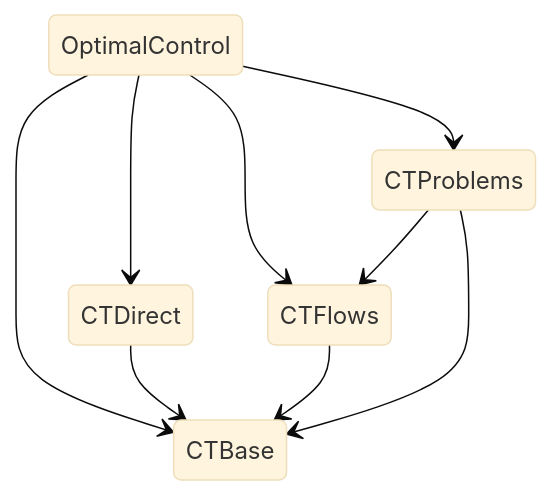
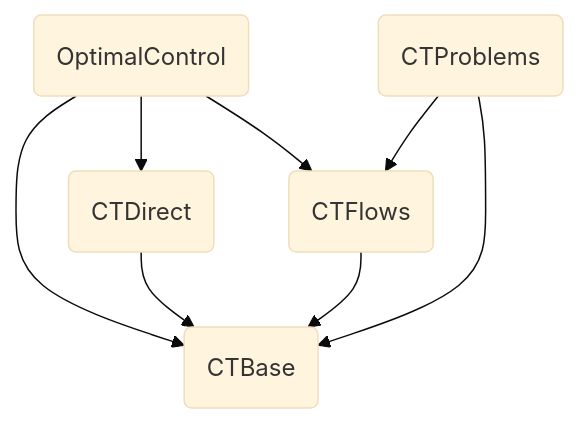
One commit to control-toolbox/.github changed the diagram in profile/README.md. Above: the diagram before and after it, drawn with Mermaid (base theme).

````diff
--- a/profile/README.md
+++ b/profile/README.md
@@ -40,11 +40,10 @@
 ```mermaid
-stateDiagram-v2
-          OptimalControl --> CTBase
-          OptimalControl --> CTDirect
-          OptimalControl --> CTFlows
-          OptimalControl --> CTProblems
-          CTProblems --> CTFlows
-          CTProblems --> CTBase
-          CTFlows --> CTBase
-          CTDirect --> CTBase
+flowchart TD
+O(OptimalControl) --> B(CTBase)
+O --> D(CTDirect)
+O --> F(CTFlows)
+P(CTProblems) --> F
+P --> B
+F --> B
+D --> B
 ```
````
